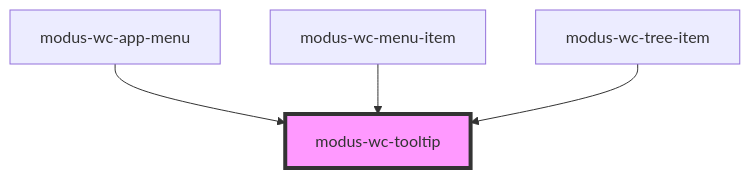
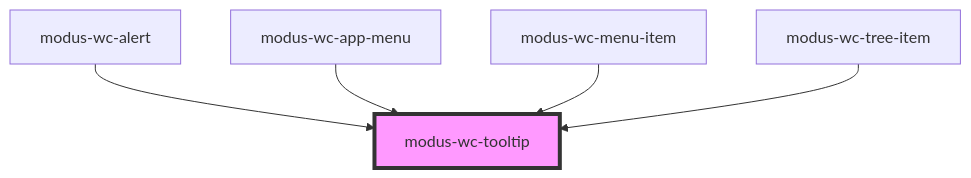
One commit to trimble-oss/modus-wc-2.0 changed the diagram in src/components/modus-wc-tooltip/readme.md. Above: the diagram before and after it, drawn with Mermaid. The commit also changed other lines of this file and 6 other files, not shown here.

````diff
--- a/src/components/modus-wc-tooltip/readme.md
+++ b/src/components/modus-wc-tooltip/readme.md
@@ -46,7 +47,8 @@
 ```mermaid
 graph TD;
+  modus-wc-alert --> modus-wc-tooltip
   modus-wc-app-menu --> modus-wc-tooltip
   modus-wc-menu-item --> modus-wc-tooltip
   modus-wc-tree-item --> modus-wc-tooltip
   style modus-wc-tooltip fill:#f9f,stroke:#333,stroke-width:4px
 ```
````
